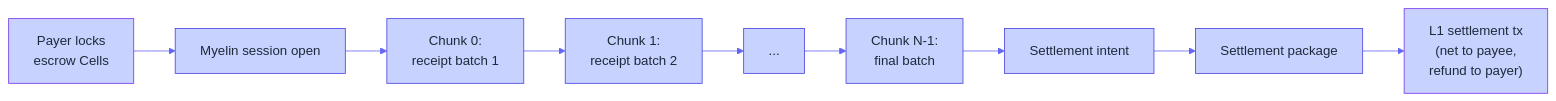
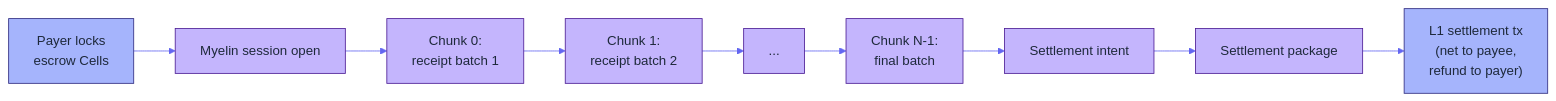
One commit to Myelin-Labs/Myelin changed the diagram in docs/patterns/streaming-payments.md. Above: the diagram before and after it, drawn with Mermaid. The commit also changed 7 other files, not shown here.

````diff
--- a/docs/patterns/streaming-payments.md
+++ b/docs/patterns/streaming-payments.md
@@ -83,28 +83,28 @@
 ```mermaid
 %%{init: {
   "theme": "base",
   "themeVariables": {
     "primaryColor": "#A5B4FC",
     "primaryTextColor": "#1E293B",
     "primaryBorderColor": "#4F46E5",
     "lineColor": "#6366F1",
     "secondaryColor": "#C7D2FE",
     "tertiaryColor": "#C7D2FE"
   }
 }}%%
 flowchart LR
     A["Payer locks<br/>escrow Cells"]:::l1
     B["Myelin session open"]:::l2
     C["Chunk 0:<br/>receipt batch 1"]:::l2
     D["Chunk 1:<br/>receipt batch 2"]:::l2
     E["..."]:::l2
     F["Chunk N-1:<br/>final batch"]:::l2
     G["Settlement intent"]:::l2
     H["Settlement package"]:::l2
     I["L1 settlement tx<br/>(net to payee,<br/>refund to payer)"]:::l1
 
     A --> B --> C --> D --> E --> F --> G --> H --> I
 
-    classDef l1 fill:#C7D2FE,stroke:#7C3AED,color:#1E293B;
-    classDef l2 fill:#C7D2FE,stroke:#4F46E5,color:#1E293B;
+    classDef l1 fill:#A5B4FC,stroke:#312E81,color:#1E293B;
+    classDef l2 fill:#C4B5FD,stroke:#4C1D95,color:#1E293B;
 ```
````
